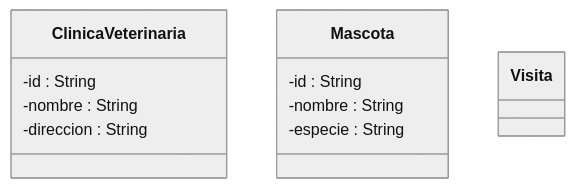
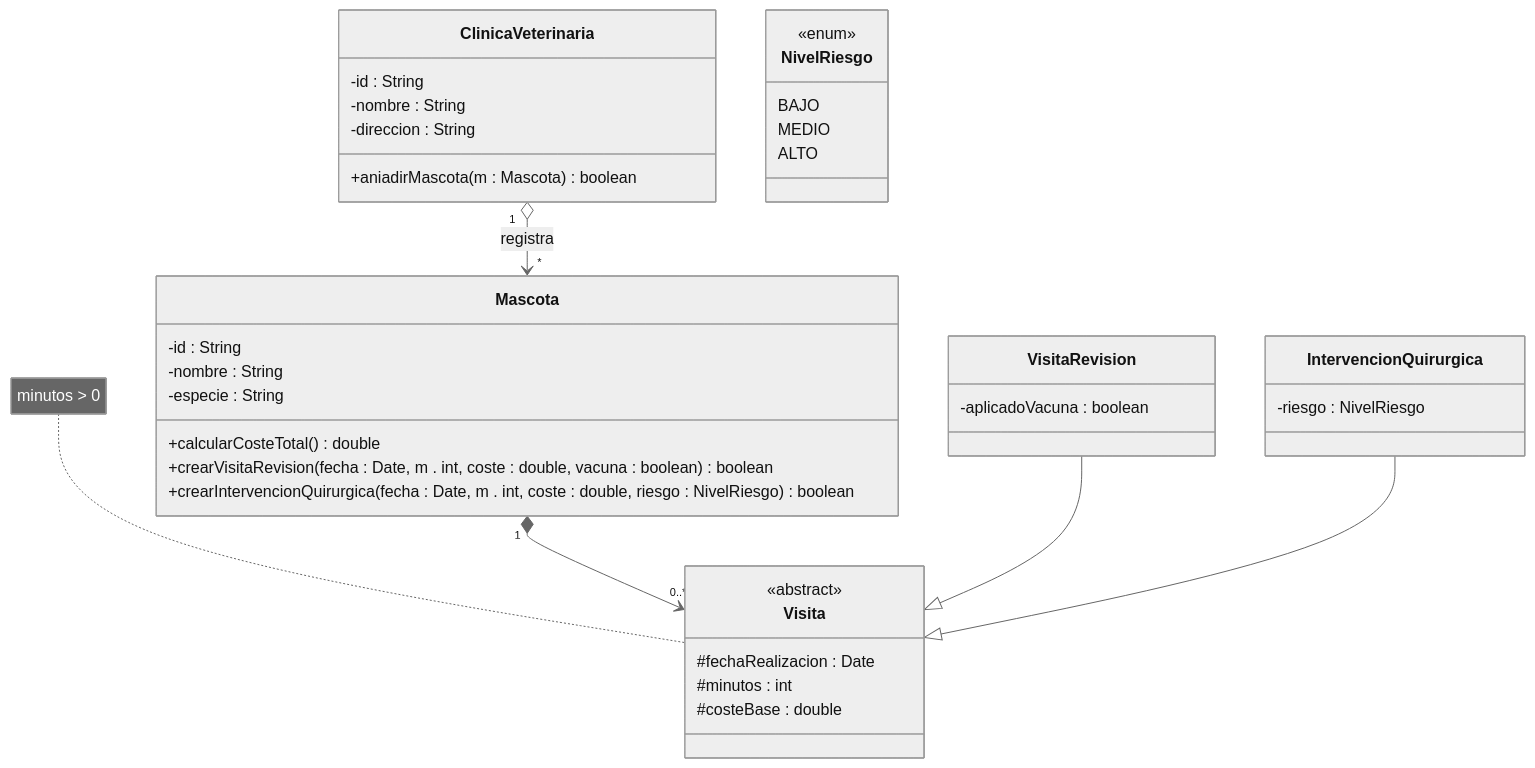
One commit to alexddios/DAM-Primer-Curso changed the diagram in _Obs-DAM/DAM-1/Programación/Ejercicios/Exercicis repàs examen final/UML 4.md. Above: the diagram before and after it, drawn with Mermaid (neutral theme). The commit also changed 1 other file, not shown here.

Commit message:
Actualizado

````diff
--- a/_Obs-DAM/DAM-1/Programación/Ejercicios/Exercicis repàs examen final/UML 4.md
+++ b/_Obs-DAM/DAM-1/Programación/Ejercicios/Exercicis repàs examen final/UML 4.md
@@ -1,16 +1,41 @@
 ```mermaid
 classDiagram
 class ClinicaVeterinaria{
 	-id : String
 	-nombre : String
 	-direccion : String
+	+aniadirMascota(m : Mascota) boolean
 }
 class Mascota{
 	-id : String
 	-nombre : String
 	-especie : String
+	+calcularCosteTotal() double
+	+crearVisitaRevision(fecha : Date, m . int, coste : double, vacuna : boolean) boolean
+	+crearIntervencionQuirurgica(fecha : Date, m . int, coste : double, riesgo : NivelRiesgo) boolean
 }
 class Visita{
-	
+	<<abstract>>
+	#fechaRealizacion : Date
+	#minutos : int
+	#costeBase : double
 }
+class VisitaRevision{
+	-aplicadoVacuna : boolean
+}
+class IntervencionQuirurgica{
+	-riesgo : NivelRiesgo
+}
+class NivelRiesgo{
+	<<enum>>
+	BAJO
+	MEDIO
+	ALTO
+}
+ClinicaVeterinaria "1" o--> "*"  Mascota : registra
+Mascota "1" *-->" 0..*" Visita
+VisitaRevision --|> Visita
+IntervencionQuirurgica --|> Visita
+
+note for Visita "minutos > 0"
 ```
````
